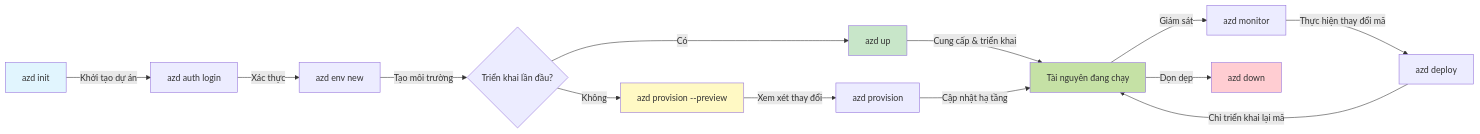
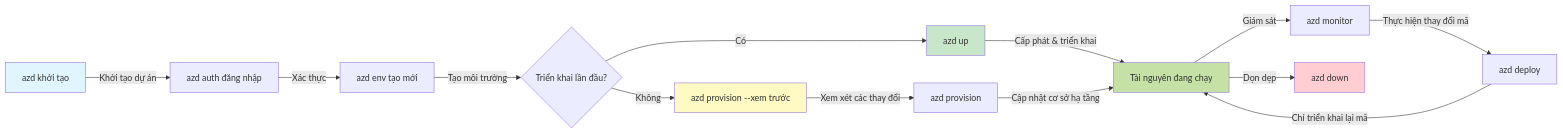
Before and after one commit to microsoft/AZD-for-beginners: the first of 2 diagrams in translations/vi/docs/chapter-01-foundation/azd-basics.md, drawn with Mermaid. The commit also changed other lines of this file and 104 other files, not shown here.

````diff
--- a/translations/vi/docs/chapter-01-foundation/azd-basics.md
+++ b/translations/vi/docs/chapter-01-foundation/azd-basics.md
@@ -269,21 +269,21 @@
 ```mermaid
 graph LR
-    A[azd init] -->|Khởi tạo dự án| B[azd auth login]
-    B -->|Xác thực| C[azd env new]
+    A[azd khởi tạo] -->|Khởi tạo dự án| B[azd auth đăng nhập]
+    B -->|Xác thực| C[azd env tạo mới]
     C -->|Tạo môi trường| D{Triển khai lần đầu?}
     D -->|Có| E[azd up]
-    D -->|Không| F[azd provision --preview]
-    F -->|Xem xét thay đổi| G[azd provision]
-    E -->|Cung cấp & triển khai| H[Tài nguyên đang chạy]
-    G -->|Cập nhật hạ tầng| H
+    D -->|Không| F[azd provision --xem trước]
+    F -->|Xem xét các thay đổi| G[azd provision]
+    E -->|Cấp phát & triển khai| H[Tài nguyên đang chạy]
+    G -->|Cập nhật cơ sở hạ tầng| H
     H -->|Giám sát| I[azd monitor]
     I -->|Thực hiện thay đổi mã| J[azd deploy]
     J -->|Chỉ triển khai lại mã| H
     H -->|Dọn dẹp| K[azd down]
     
     style A fill:#e1f5fe
     style E fill:#c8e6c9
     style F fill:#fff9c4
     style H fill:#c5e1a5
     style K fill:#ffcdd2
 ```
````
